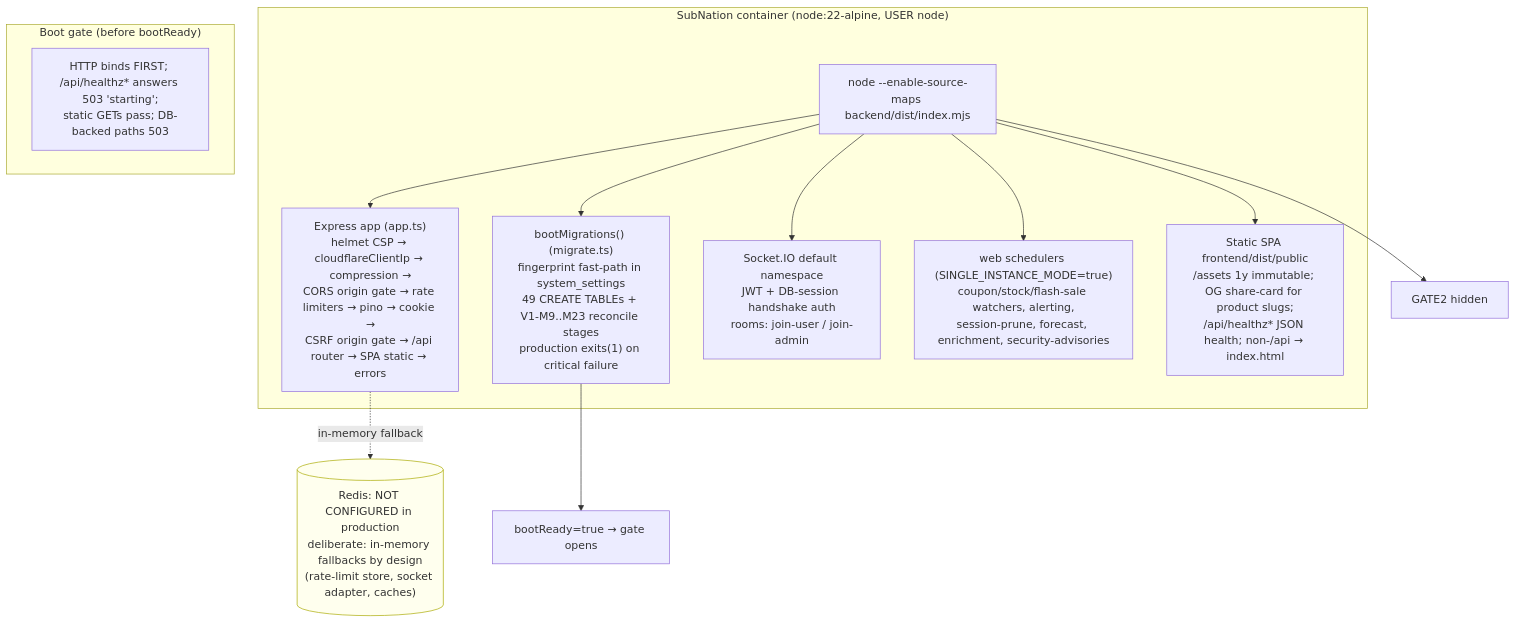
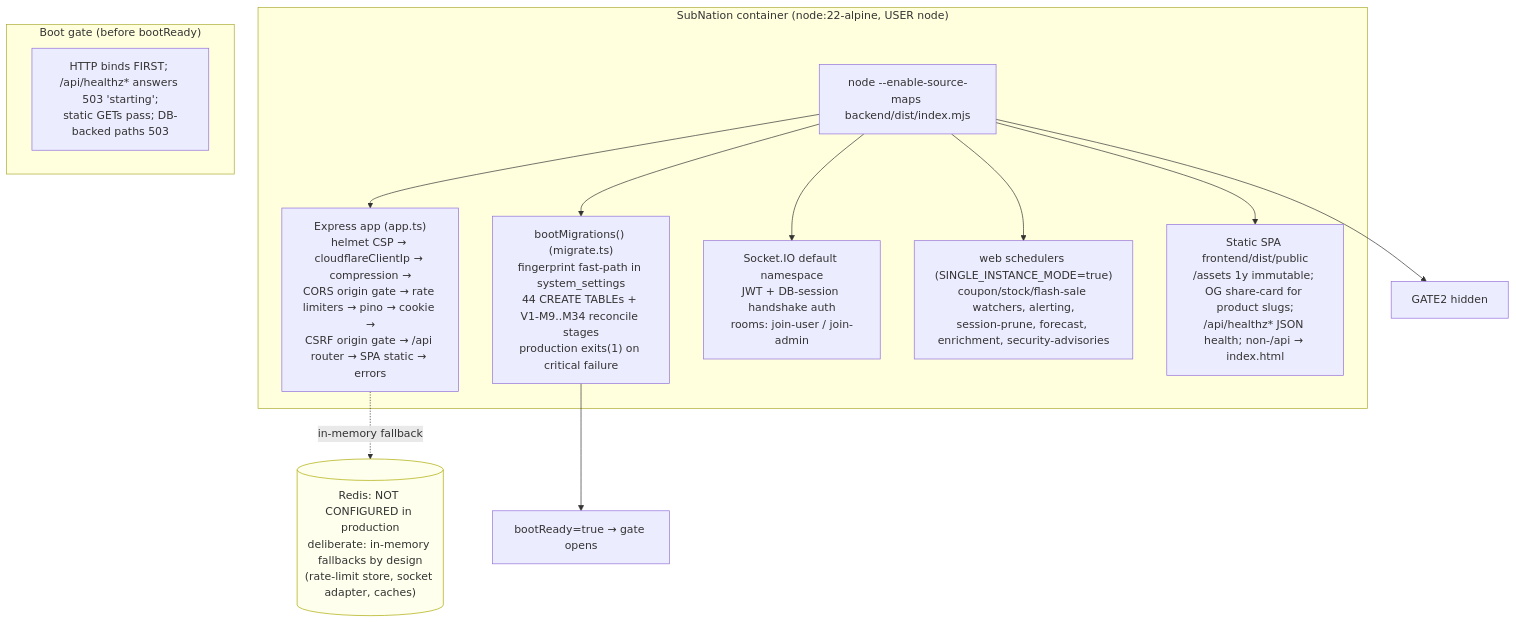
One commit to ahmadmedo1012/SubNation2 changed the diagram in docs/project-graph/02-runtime.mmd. Above: the diagram before and after it, drawn with Mermaid. The commit also changed 138 other files, not shown here.

```diff
--- a/docs/project-graph/02-runtime.mmd
+++ b/docs/project-graph/02-runtime.mmd
@@ -1,28 +1,28 @@
 %% Runtime process model — single container serves everything (verified)
 graph TB
     subgraph Container["SubNation container (node:22-alpine, USER node)"]
         N[node --enable-source-maps backend/dist/index.mjs]
 
         N --> HTTP["Express app (app.ts)<br/>helmet CSP → cloudflareClientIp → compression →<br/>CORS origin gate → rate limiters → pino → cookie →<br/>CSRF origin gate → /api router → SPA static → errors"]
 
-        N --> BOOT["bootMigrations() (migrate.ts)<br/>fingerprint fast-path in system_settings<br/>49 CREATE TABLEs + V1-M9..M23 reconcile stages<br/>production exits(1) on critical failure"]
+        N --> BOOT["bootMigrations() (migrate.ts)<br/>fingerprint fast-path in system_settings<br/>44 CREATE TABLEs + V1-M9..M34 reconcile stages<br/>production exits(1) on critical failure"]
 
         N --> SOCK["Socket.IO default namespace<br/>JWT + DB-session handshake auth<br/>rooms: join-user / join-admin"]
 
         N --> SCHED["web schedulers (SINGLE_INSTANCE_MODE=true)<br/>coupon/stock/flash-sale watchers, alerting,<br/>session-prune, forecast, enrichment, security-advisories"]
 
         N --> SPA["Static SPA frontend/dist/public<br/>/assets 1y immutable; OG share-card for product slugs;<br/>/api/healthz* JSON health; non-/api → index.html"]
     end
 
     subgraph Gate["Boot gate (before bootReady)"]
         G["HTTP binds FIRST; /api/healthz* answers 503 'starting';<br/>static GETs pass; DB-backed paths 503"]
     end
 
     BOOT --> READY[bootReady=true → gate opens]
     N --> GATE2[GATE2 hidden]
 
     REDISD[("Redis: NOT CONFIGURED in production<br/>deliberate: in-memory fallbacks by design<br/>(rate-limit store, socket adapter, caches)")]
     HTTP -.->|in-memory fallback| REDISD
 
     classDef note fill:#ffe,stroke:#aa0
     class REDISD note
```
